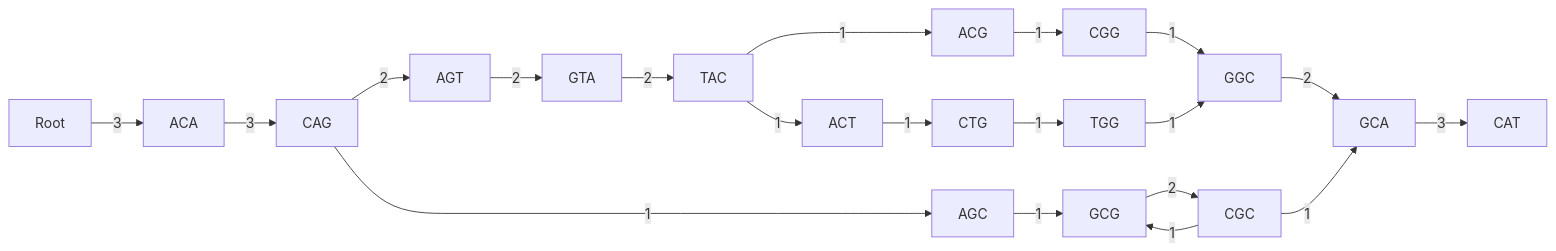
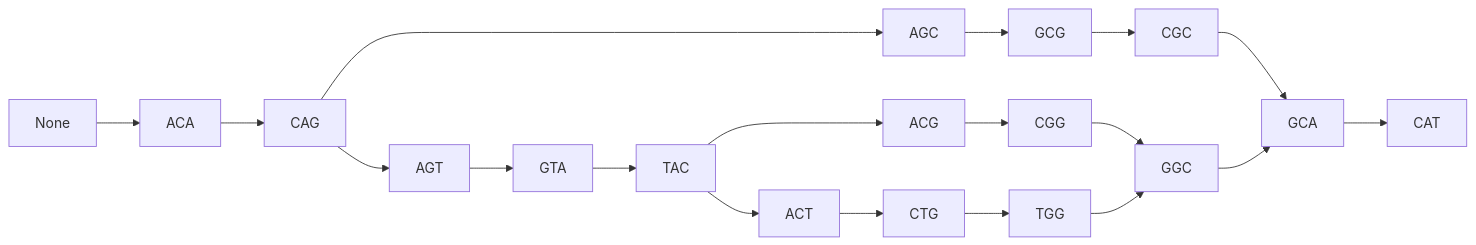
Before and after one commit to khiron/dBGAlignLib: the diagram in tests/output/nested_bubble.md, drawn with Mermaid. The commit also changed 5 other files, not shown here.

````diff
--- a/tests/output/nested_bubble.md
+++ b/tests/output/nested_bubble.md
@@ -1,22 +1,21 @@
 ```mermaid
 graph LR;
-Root -->|"3"| ACA;
-ACA -->|"3"| CAG;
-CAG -->|"2"| AGT;
-AGT -->|"2"| GTA;
-GTA -->|"2"| TAC;
-TAC -->|"1"| ACG;
-ACG -->|"1"| CGG;
-CGG -->|"1"| GGC;
-GGC -->|"2"| GCA;
-GCA -->|"3"| CAT;
-TAC -->|"1"| ACT;
-ACT -->|"1"| CTG;
-CTG -->|"1"| TGG;
-TGG -->|"1"| GGC;
-CAG -->|"1"| AGC;
-AGC -->|"1"| GCG;
-GCG -->|"2"| CGC;
-CGC -->|"1"| GCG;
-CGC -->|"1"| GCA;
+None --> ACA;
+ACA --> CAG;
+CAG --> AGT;
+CAG --> AGC;
+AGT --> GTA;
+AGC --> GCG;
+GTA --> TAC;
+GCG --> CGC;
+TAC --> ACG;
+TAC --> ACT;
+CGC --> GCA;
+ACG --> CGG;
+ACT --> CTG;
+GCA --> CAT;
+CGG --> GGC;
+CTG --> TGG;
+GGC --> GCA;
+TGG --> GGC;
 ```
````
